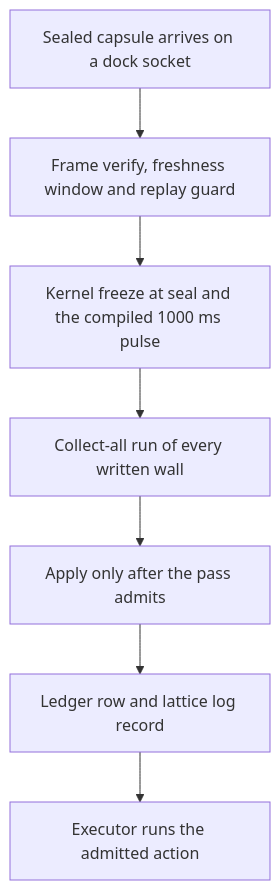
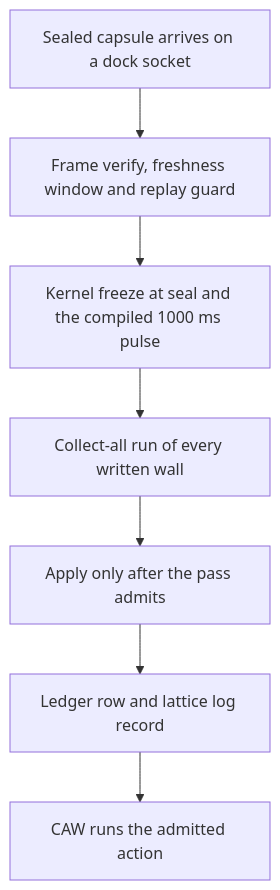
One commit to thePM001/AEP-agent-element-protocol changed the diagram in AEP-Base-Node/README.md. Above: the diagram before and after it, drawn with Mermaid. The commit also changed other lines of this file and 2 other files, not shown here.

````diff
--- a/AEP-Base-Node/README.md
+++ b/AEP-Base-Node/README.md
@@ -37,9 +37,9 @@
 ```mermaid
 flowchart TB
   F[Sealed capsule arrives on a dock socket] --> V[Frame verify, freshness window and replay guard]
   V --> K[Kernel freeze at seal and the compiled 1000 ms pulse]
   K --> W[Collect-all run of every written wall]
   W --> A[Apply only after the pass admits]
   A --> L[Ledger row and lattice log record]
-  L --> X[Executor runs the admitted action]
+  L --> X[CAW runs the admitted action]
 ```
````
